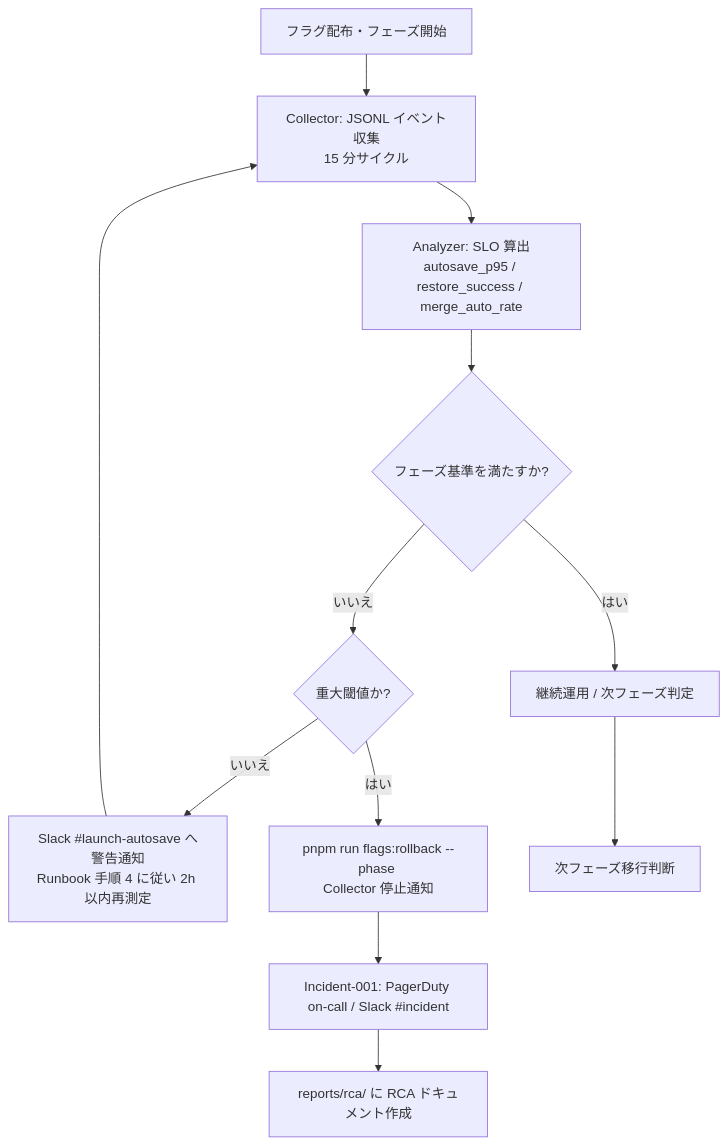
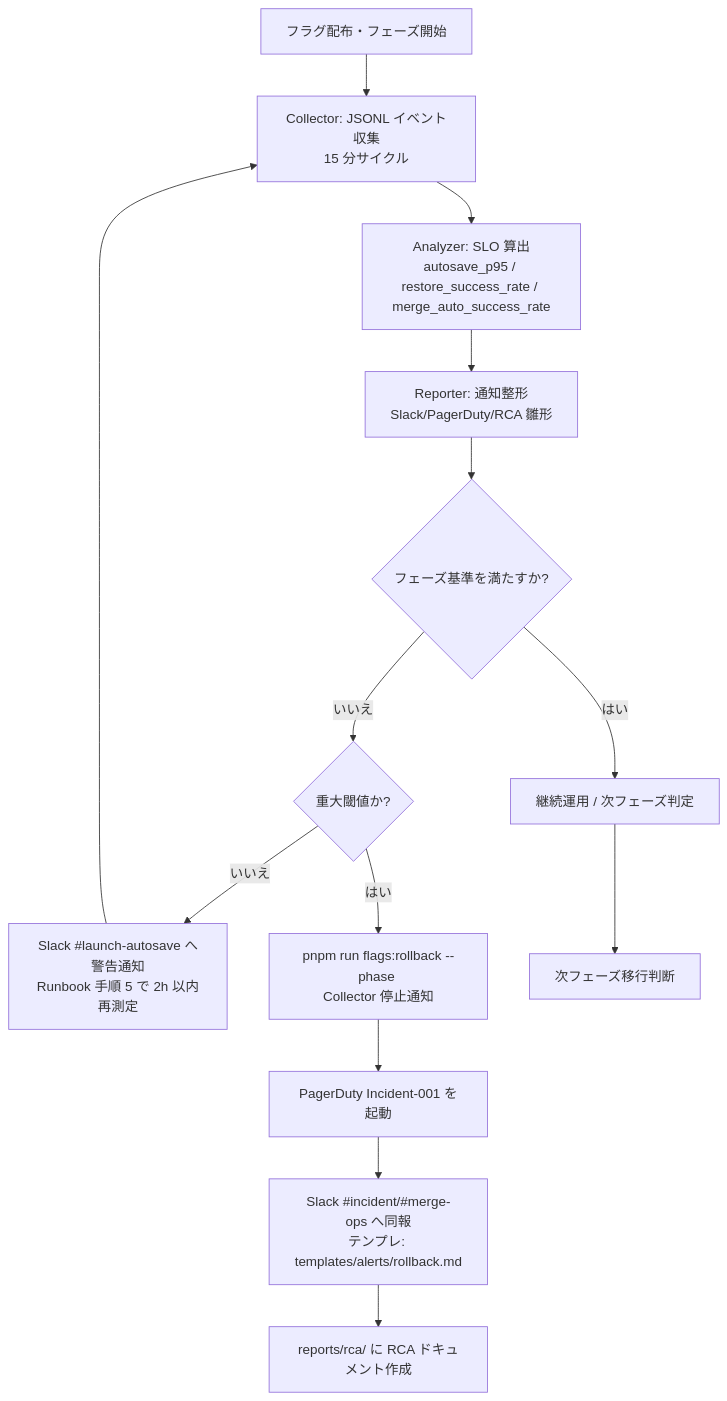
Before and after one commit to RNA4219/Conimgponic: the fifth of 5 diagrams in docs/IMPLEMENTATION-PLAN.md, drawn with Mermaid. The commit also changed other lines of this file and 2 other files, not shown here.

````diff
--- a/docs/IMPLEMENTATION-PLAN.md
+++ b/docs/IMPLEMENTATION-PLAN.md
@@ -150,14 +150,16 @@
 ```mermaid
 flowchart TD
     Start[フラグ配布・フェーズ開始] --> Collect[Collector: JSONL イベント収集<br/>15 分サイクル]
-    Collect --> Analyze[Analyzer: SLO 算出<br/>autosave_p95 / restore_success / merge_auto_rate]
-    Analyze --> Gate{フェーズ基準を満たすか?}
+    Collect --> Analyze[Analyzer: SLO 算出<br/>autosave_p95 / restore_success_rate / merge_auto_success_rate]
+    Analyze --> Reporter[Reporter: 通知整形<br/>Slack/PagerDuty/RCA 雛形]
+    Reporter --> Gate{フェーズ基準を満たすか?}
     Gate -- はい --> Continue[継続運用 / 次フェーズ判定]
     Gate -- いいえ --> Breach{重大閾値か?}
-    Breach -- いいえ --> Warn[Slack #launch-autosave へ警告通知<br/>Runbook 手順 4 に従い 2h 以内再測定]
+    Breach -- いいえ --> Warn[Slack #launch-autosave へ警告通知<br/>Runbook 手順 5 で 2h 以内再測定]
     Breach -- はい --> Rollback[pnpm run flags:rollback --phase <prev><br/>Collector 停止通知]
-    Rollback --> Notify[Incident-001: PagerDuty on-call / Slack #incident]
-    Notify --> RCA[reports/rca/ に RCA ドキュメント作成]
+    Rollback --> PagerDuty[PagerDuty Incident-001 を起動]
+    PagerDuty --> Slack[Slack #incident/#merge-ops へ同報<br/>テンプレ: templates/alerts/rollback.md]
+    Slack --> RCA[reports/rca/ に RCA ドキュメント作成]
     Warn --> Collect
     Continue --> End[次フェーズ移行判断]
 ```
````
